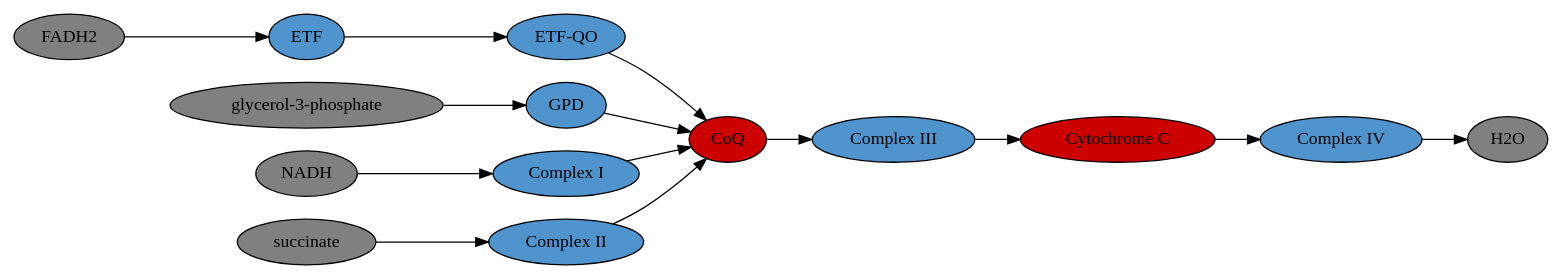
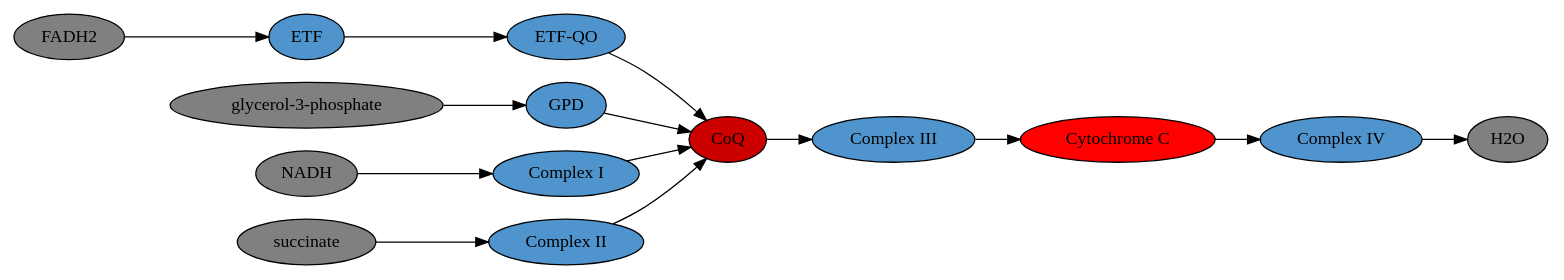
One commit to hendersonmpa/study-notes changed the first of 2 diagrams in mitochondria/etc/etc.org. Above: the diagram before and after it, drawn with Graphviz. The commit also changed other lines of this file and 8 other files, not shown here.

```diff
--- a/mitochondria/etc/etc.org
+++ b/mitochondria/etc/etc.org
@@ -28,35 +28,35 @@
 #+BEGIN_SRC dot :file ./etc/figures/etc.pdf :cmdline -Kdot -Tpdf
   digraph {
            // graph from left to right
            rankdir=LR;
            splines=true;
            node [shape=oval];
            fadh [label="FADH2", fillcolor=grey, style=filled];
            etf[label="ETF", fillcolor=steelblue3, style=filled];
            etfd[label="ETF-QO", fillcolor=steelblue3, style=filled];
 	       g3p[label="glycerol-3-phosphate", fillcolor=grey, style=filled];
            gpd[label="GPD", fillcolor=steelblue3, style=filled];
            nadh [label="NADH", fillcolor=grey, style=filled];
            c1 [label="Complex I", fillcolor=steelblue3, style=filled];
            q [label="CoQ", fillcolor=red3, style=filled];    
            c3 [label="Complex III", fillcolor=steelblue3, style=filled];     
-           cytc [label="Cytochrome C", fillcolor=red3, style=filled];     
+           cytc [label="Cytochrome C", fillcolor=red, style=filled];     
            c4 [label="Complex IV", fillcolor=steelblue3, style=filled];     
            h2o [label="H2O", fillcolor=grey, style=filled];     
            c2 [label="Complex II", fillcolor=steelblue3, style=filled];     
            s [label="succinate", fillcolor=grey, style=filled];     
            fadh -> etf; 
            etf -> etfd;
            etfd -> q;
            g3p -> gpd;
            gpd -> q;
            nadh -> c1;
            c1 -> q;
            q -> c3;
            c3 -> cytc; 	 
            cytc -> c4;
            c4 -> h2o;
            c2 -> q;
            s -> c2;
            }    
 #+END_SRC
```
